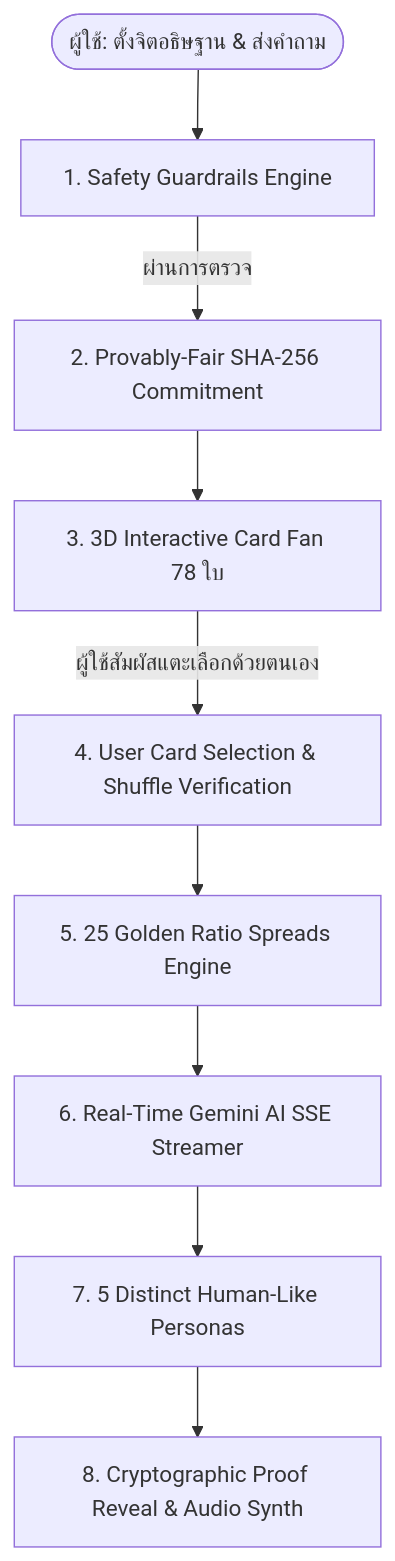
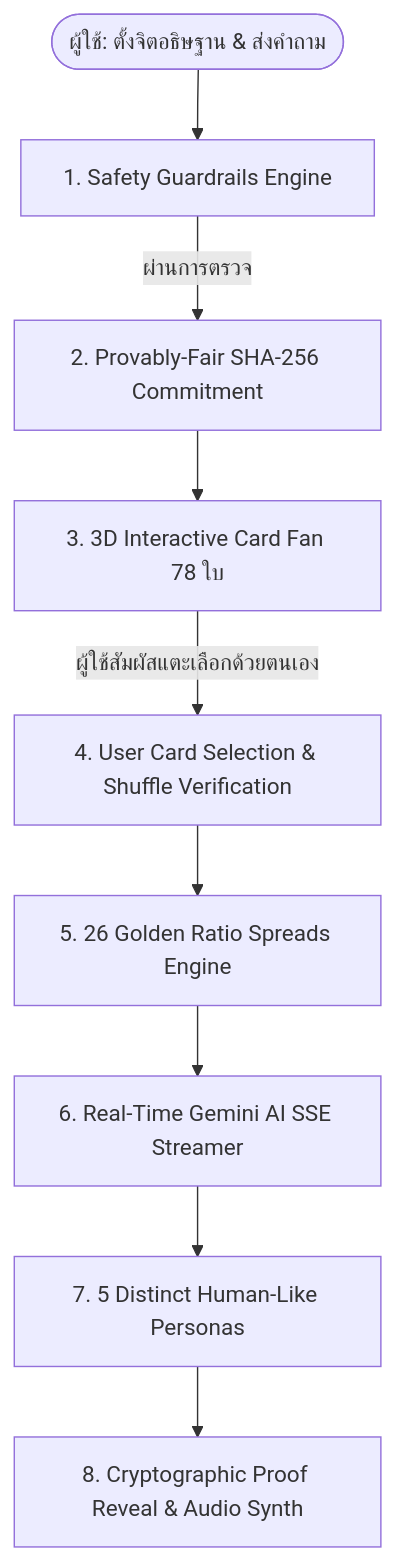
The first of 2 diagrams in docs/ARCHITECTURE.md (luminuy/tarot-web), drawn with Mermaid before and after one commit. The commit also changed other lines of this file and 55 other files, not shown here.

````diff
--- a/docs/ARCHITECTURE.md
+++ b/docs/ARCHITECTURE.md
@@ -9,11 +9,11 @@
 ```mermaid
 graph TD
     User([ผู้ใช้: ตั้งจิตอธิษฐาน & ส่งคำถาม]) --> Safety[1. Safety Guardrails Engine]
     Safety -->|ผ่านการตรวจ| Commit[2. Provably-Fair SHA-256 Commitment]
     Commit --> Fan[3. 3D Interactive Card Fan 78 ใบ]
     Fan -->|ผู้ใช้สัมผัสแตะเลือกด้วยตนเอง| Pick[4. User Card Selection & Shuffle Verification]
-    Pick --> Spread[5. 25 Golden Ratio Spreads Engine]
+    Pick --> Spread[5. 26 Golden Ratio Spreads Engine]
     Spread --> AI[6. Real-Time Gemini AI SSE Streamer]
     AI --> Persona[7. 5 Distinct Human-Like Personas]
     Persona --> Reveal[8. Cryptographic Proof Reveal & Audio Synth]
 ```
````
